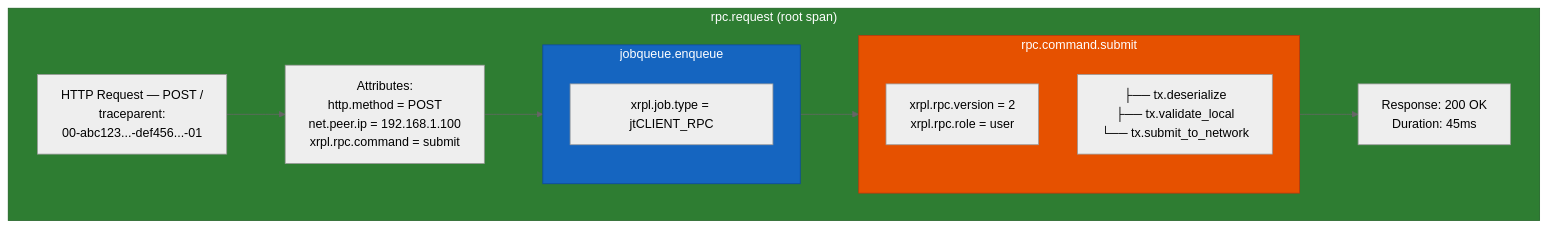
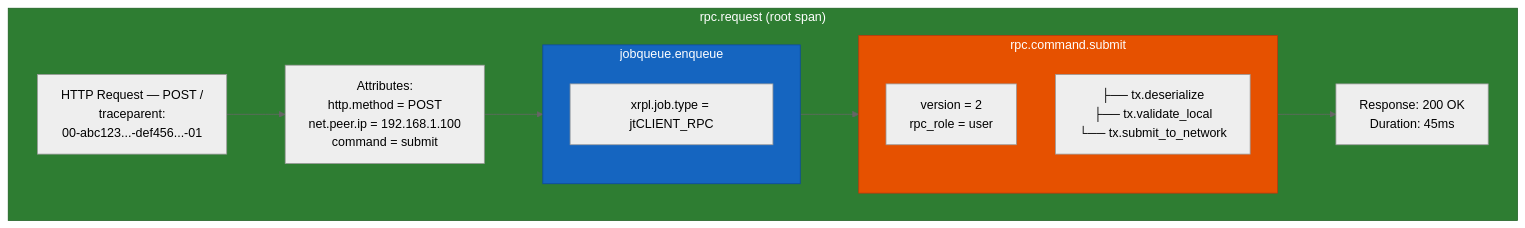
Before and after one commit to XRPLF/rippled: the fourth of 6 diagrams in OpenTelemetryPlan/01-architecture-analysis.md, drawn with Mermaid (neutral theme). The commit also changed other lines of this file and 6 other files, not shown here.

````diff
--- a/OpenTelemetryPlan/01-architecture-analysis.md
+++ b/OpenTelemetryPlan/01-architecture-analysis.md
@@ -245,28 +245,28 @@
 ```mermaid
 flowchart TB
     subgraph request["rpc.request (root span)"]
         http["HTTP Request — POST /<br/>traceparent:<br/>00-abc123...-def456...-01"]
 
-        attrs["Attributes:<br/>http.method = POST<br/>net.peer.ip = 192.168.1.100<br/>xrpl.rpc.command = submit"]
+        attrs["Attributes:<br/>http.method = POST<br/>net.peer.ip = 192.168.1.100<br/>command = submit"]
 
         subgraph enqueue["jobqueue.enqueue"]
             job_attr["xrpl.job.type = jtCLIENT_RPC"]
         end
 
         subgraph command["rpc.command.submit"]
-            cmd_attrs["xrpl.rpc.version = 2<br/>xrpl.rpc.role = user"]
+            cmd_attrs["version = 2<br/>rpc_role = user"]
             cmd_children["├── tx.deserialize<br/>├── tx.validate_local<br/>└── tx.submit_to_network"]
         end
 
         response["Response: 200 OK<br/>Duration: 45ms"]
 
         http --> attrs
         attrs --> enqueue
         enqueue --> command
         command --> response
     end
 
     style request fill:#2e7d32,stroke:#1b5e20,color:#ffffff
     style enqueue fill:#1565c0,stroke:#0d47a1,color:#ffffff
     style command fill:#e65100,stroke:#bf360c,color:#ffffff
 ```
````
